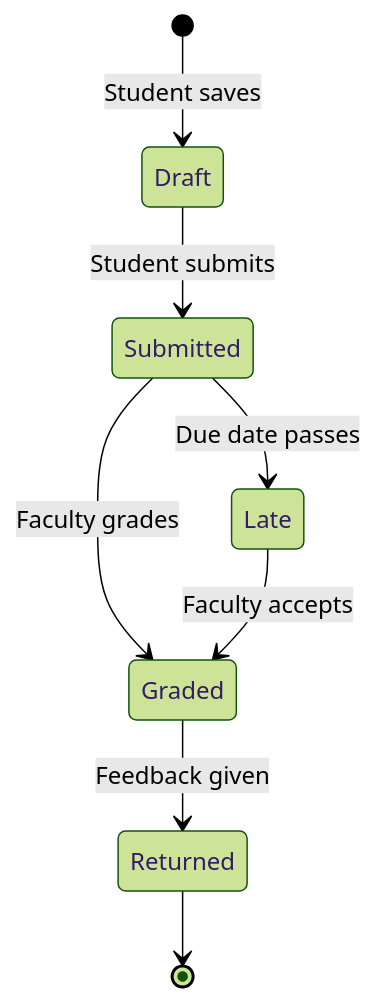
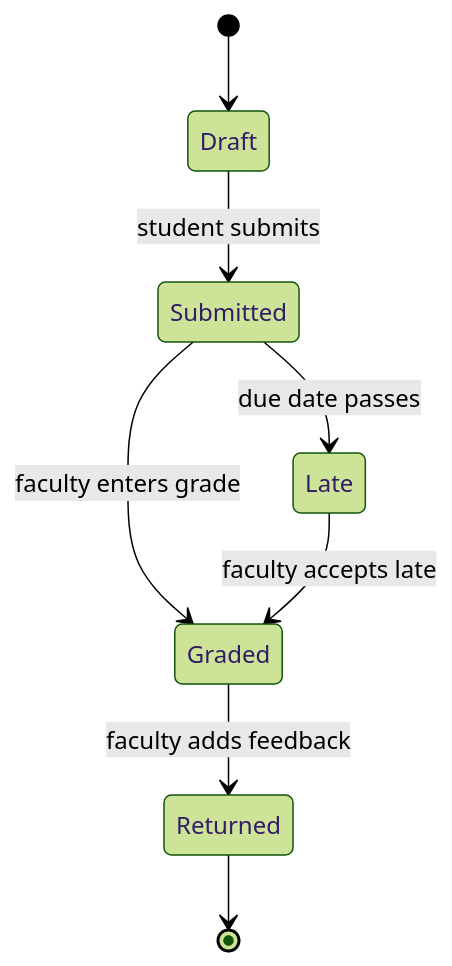
One commit to Amanda2026-crypto/smart-campus-connect changed the second of 8 diagrams in state-transition-diagrams.md. Above: the diagram before and after it, drawn with Mermaid (forest theme). The commit also changed other lines of this file, not shown here.

````diff
--- a/state-transition-diagrams.md
+++ b/state-transition-diagrams.md
@@ -31,10 +71,10 @@
 ```mermaid
 stateDiagram-v2
-    [*] --> Draft: Student saves
-    Draft --> Submitted: Student submits
-    Submitted --> Late: Due date passes
-    Submitted --> Graded: Faculty grades
-    Late --> Graded: Faculty accepts
-    Graded --> Returned: Feedback given
+    [*] --> Draft
+    Draft --> Submitted : student submits
+    Submitted --> Late : due date passes
+    Submitted --> Graded : faculty enters grade
+    Late --> Graded : faculty accepts late
+    Graded --> Returned : faculty adds feedback
     Returned --> [*]
 ```
````
